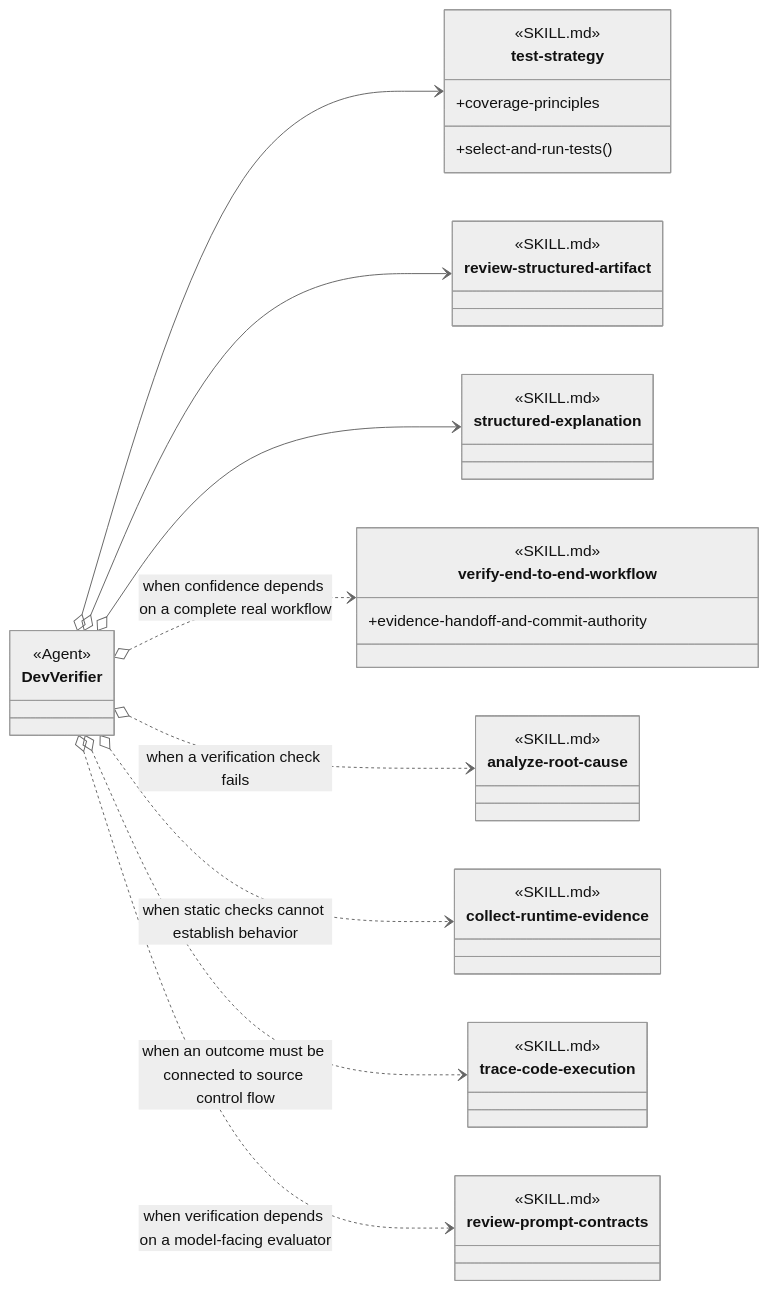
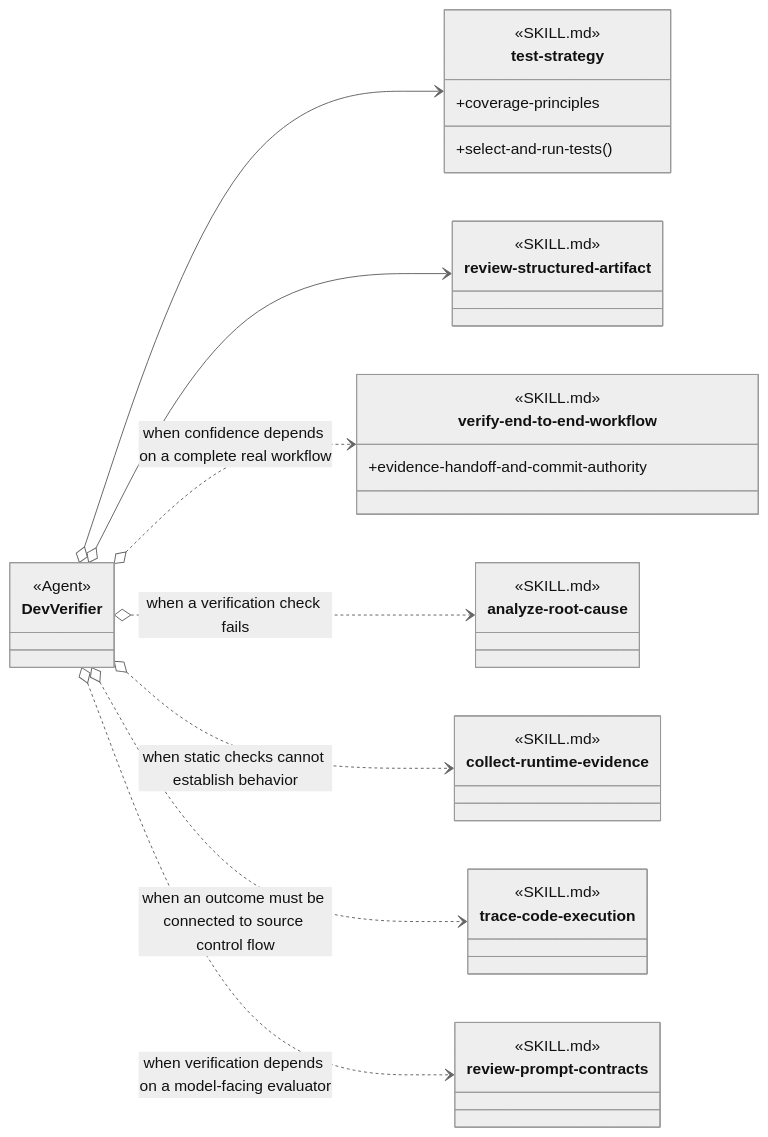
The third of 6 diagrams in design/agents/review-and-verification.md (martinbechard/dev-methodology), drawn with Mermaid (neutral theme) before and after one commit. The commit also changed other lines of this file and 78 other files, not shown here.

````diff
--- a/design/agents/review-and-verification.md
+++ b/design/agents/review-and-verification.md
@@ -101,52 +103,47 @@
 ```mermaid
 classDiagram
     direction LR
 
     class DevVerifier {
         <<Agent>>
     }
     class test-strategy {
         <<SKILL.md>>
         <<Agent Skill>>
         +select-and-run-tests()
         +coverage-principles
     }
     class review-structured-artifact {
-        <<SKILL.md>>
-        <<Cross-group>>
-    }
-    class structured-explanation {
         <<SKILL.md>>
         <<Cross-group>>
     }
     class verify-end-to-end-workflow {
         <<SKILL.md>>
         <<Agent Skill>>
         +evidence-handoff-and-commit-authority
     }
     class analyze-root-cause {
         <<SKILL.md>>
         <<Agent Skill>>
     }
     class collect-runtime-evidence {
         <<SKILL.md>>
         <<Agent Skill>>
     }
     class trace-code-execution {
         <<SKILL.md>>
         <<Agent Skill>>
     }
     class review-prompt-contracts {
         <<SKILL.md>>
         <<Agent Skill>>
     }
 
     DevVerifier o--> test-strategy
     DevVerifier o--> review-structured-artifact
-    DevVerifier o--> structured-explanation
     DevVerifier o..> verify-end-to-end-workflow : when confidence depends on a complete real workflow
     DevVerifier o..> analyze-root-cause : when a verification check fails
     DevVerifier o..> collect-runtime-evidence : when static checks cannot establish behavior
     DevVerifier o..> trace-code-execution : when an outcome must be connected to source control flow
     DevVerifier o..> review-prompt-contracts : when verification depends on a model-facing evaluator
 ```
````
